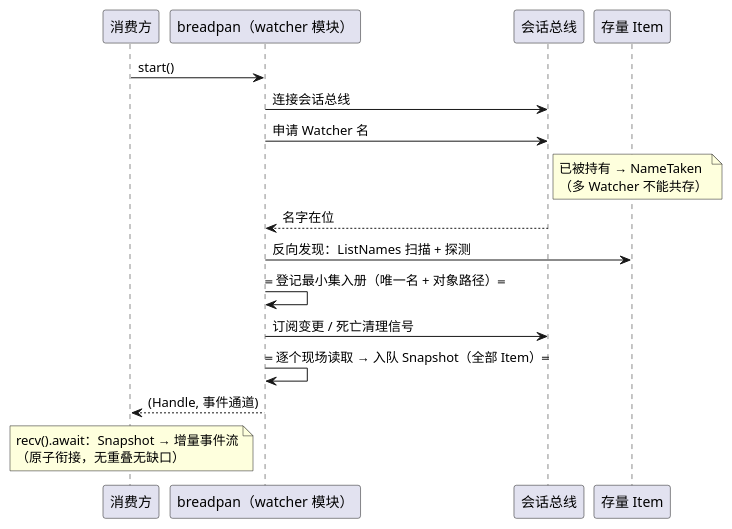
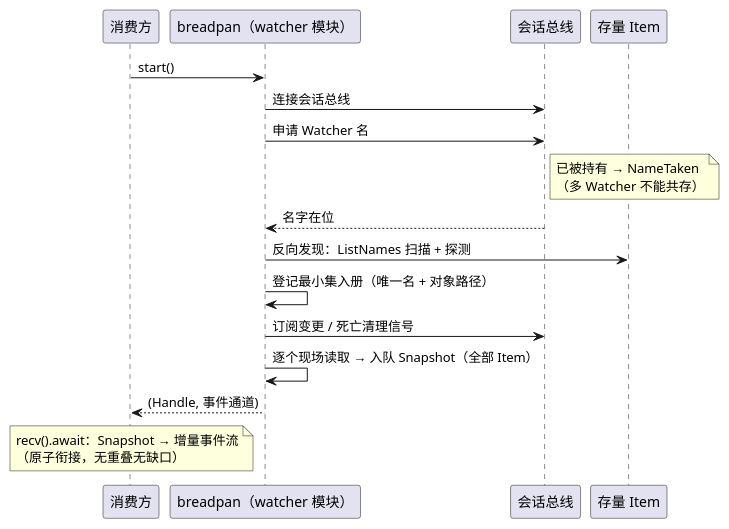
One commit to 54m43lJ/BreadKnife changed the diagram in diagram/breadpan-startup.puml. Above: the diagram before and after it, drawn with PlantUML. The commit also changed 13 other files, not shown here.

First line of the commit message:
docs(diagram): 清理 == 残留；§2.7 活动图对照修订

```diff
--- a/diagram/breadpan-startup.puml
+++ b/diagram/breadpan-startup.puml
@@ -1,24 +1,24 @@
 @startuml breadpan-startup
 participant 消费方
 participant "breadpan（watcher 模块）" as bp
 participant 会话总线
 participant "存量 Item" as item
 
 消费方 -> bp: start()
 bp -> 会话总线: 连接会话总线
 bp -> 会话总线: 申请 Watcher 名
 note right of 会话总线
   已被持有 → NameTaken
   （多 Watcher 不能共存）
 end note
 会话总线 --> bp: 名字在位
 bp -> item: 反向发现：ListNames 扫描 + 探测
-bp -> bp: == 登记最小集入册（唯一名 + 对象路径）==
+bp -> bp: 登记最小集入册（唯一名 + 对象路径）
 bp -> 会话总线: 订阅变更 / 死亡清理信号
-bp -> bp: == 逐个现场读取 → 入队 Snapshot（全部 Item）==
+bp -> bp: 逐个现场读取 → 入队 Snapshot（全部 Item）
 消费方 <-- bp: (Handle, 事件通道)
 note over 消费方
   recv().await：Snapshot → 增量事件流
   （原子衔接，无重叠无缺口）
 end note
 @enduml
```
